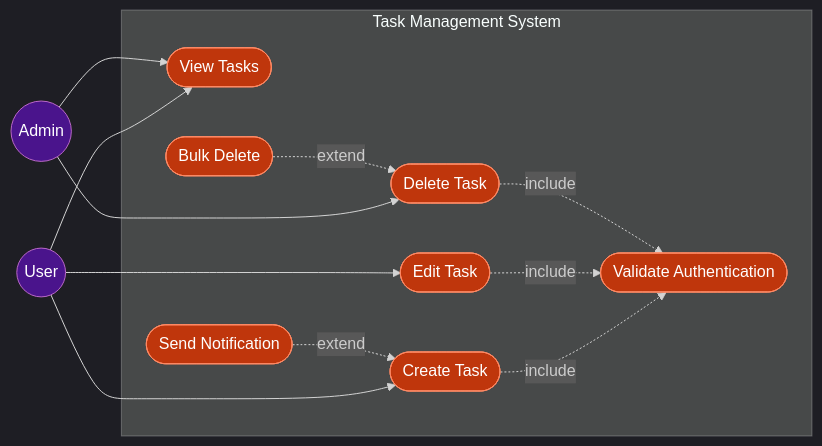
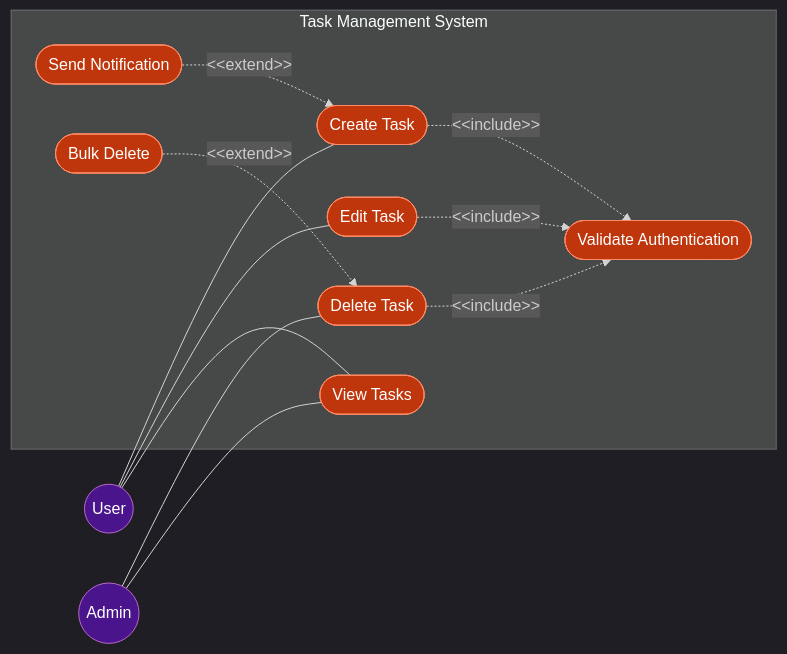
Before and after one commit to ToshikiImagawa/ai-sdd-workflow: diagram 23 of 25 in plugins/sdd-workflow/shared/references/usecase_diagram_guide.md, drawn with Mermaid. The commit also changed other lines of this file and 48 other files, not shown here.

First line of the commit message:
v3.0.1: Mermaid記法のUML標準準拠とsdd-init設定管理機能の追加 (#35)

````diff
--- a/plugins/sdd-workflow/shared/references/usecase_diagram_guide.md
+++ b/plugins/sdd-workflow/shared/references/usecase_diagram_guide.md
@@ -599,35 +602,35 @@
 ```mermaid
 %%{init: {'theme': 'dark'}}%%
 flowchart LR
     User((User))
     Admin((Admin))
 
     subgraph TaskManagement [Task Management System]
         UC1(["Create Task"])
         UC2(["Edit Task"])
         UC3(["Delete Task"])
         UC4(["View Tasks"])
         UC5(["Validate Authentication"])
         UC6(["Send Notification"])
         UC7(["Bulk Delete"])
     end
 
-    User ---> UC1
-    User --> UC2
-    User --> UC4
-    Admin ---> UC3
-    Admin --> UC4
+    User --- UC1
+    User --- UC2
+    User --- UC4
+    Admin --- UC3
+    Admin --- UC4
 
-    UC1 -. include .-> UC5
-    UC2 -. include .-> UC5
-    UC3 -. include .-> UC5
+    UC1 -.->|"&lt;&lt;include&gt;&gt;"| UC5
+    UC2 -.->|"&lt;&lt;include&gt;&gt;"| UC5
+    UC3 -.->|"&lt;&lt;include&gt;&gt;"| UC5
 
-    UC6 -. extend .-> UC1
-    UC7 -. extend .-> UC3
+    UC6 -.->|"&lt;&lt;extend&gt;&gt;"| UC1
+    UC7 -.->|"&lt;&lt;extend&gt;&gt;"| UC3
 
     classDef actor fill:#4a148c,stroke:#ba68c8,color:#fff
     classDef usecase fill:#bf360c,stroke:#ff8a65,color:#fff
 
     class User,Admin actor
     class UC1,UC2,UC3,UC4,UC5,UC6,UC7 usecase
 ```
````
